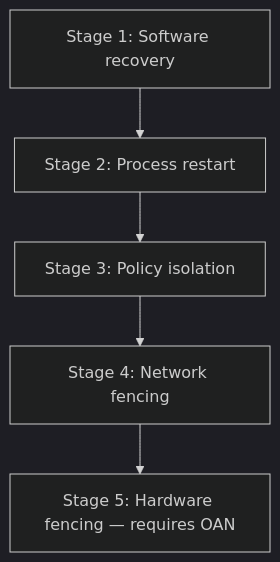
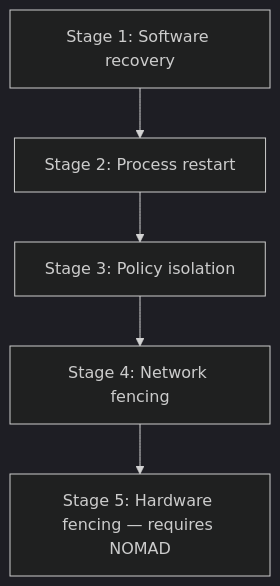
The fifth of 8 diagrams in docs/features/hardware-ext/nomad-hardware-appliance.md (pardhuvarmax/kernel-borderlands), drawn with Mermaid (dark theme) before and after one commit. The commit also changed other lines of this file and 6 other files, not shown here.

First line of the commit message:
rename: finish OAN -> NOMAD content updates missed by prior commit

````diff
--- a/docs/features/hardware-ext/nomad-hardware-appliance.md
+++ b/docs/features/hardware-ext/nomad-hardware-appliance.md
@@ -276,7 +276,7 @@
 ```mermaid
 graph TD
     S1["Stage 1: Software recovery"] --> S2["Stage 2: Process restart"]
     S2 --> S3["Stage 3: Policy isolation"]
     S3 --> S4["Stage 4: Network fencing"]
-    S4 --> S5["Stage 5: Hardware fencing — requires OAN"]
+    S4 --> S5["Stage 5: Hardware fencing — requires NOMAD"]
 ```
````
